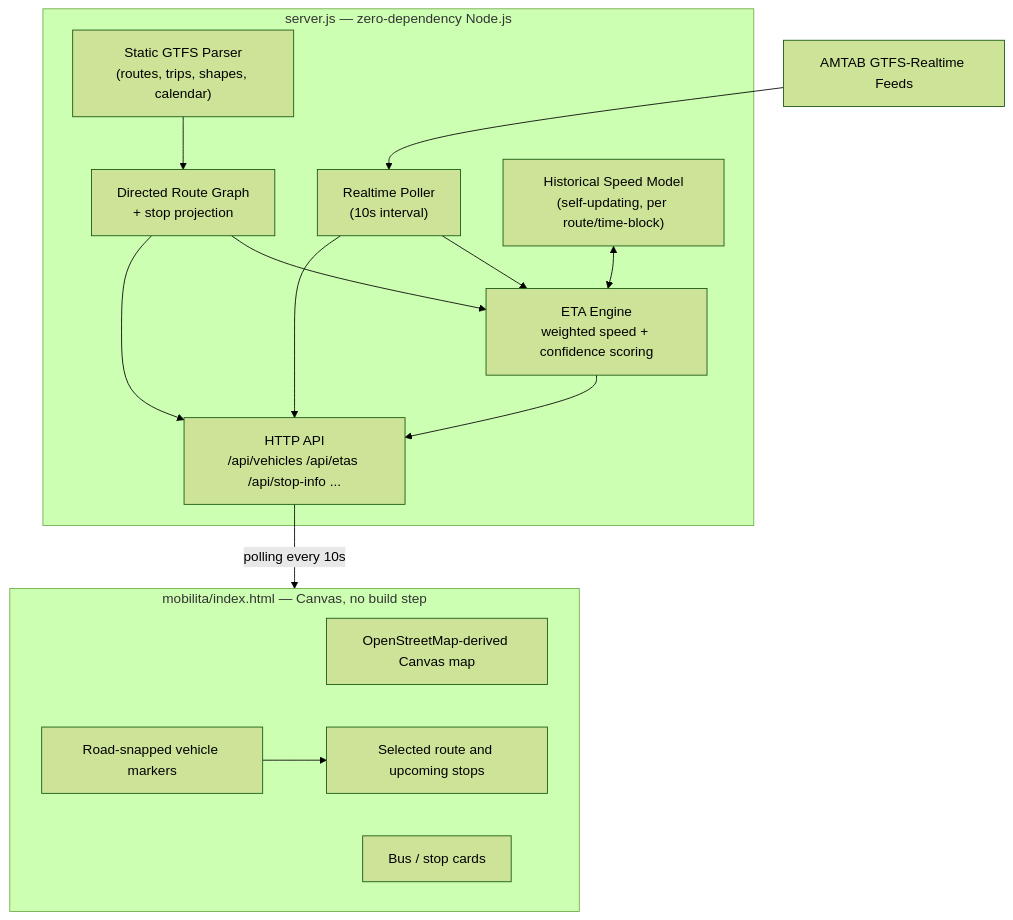
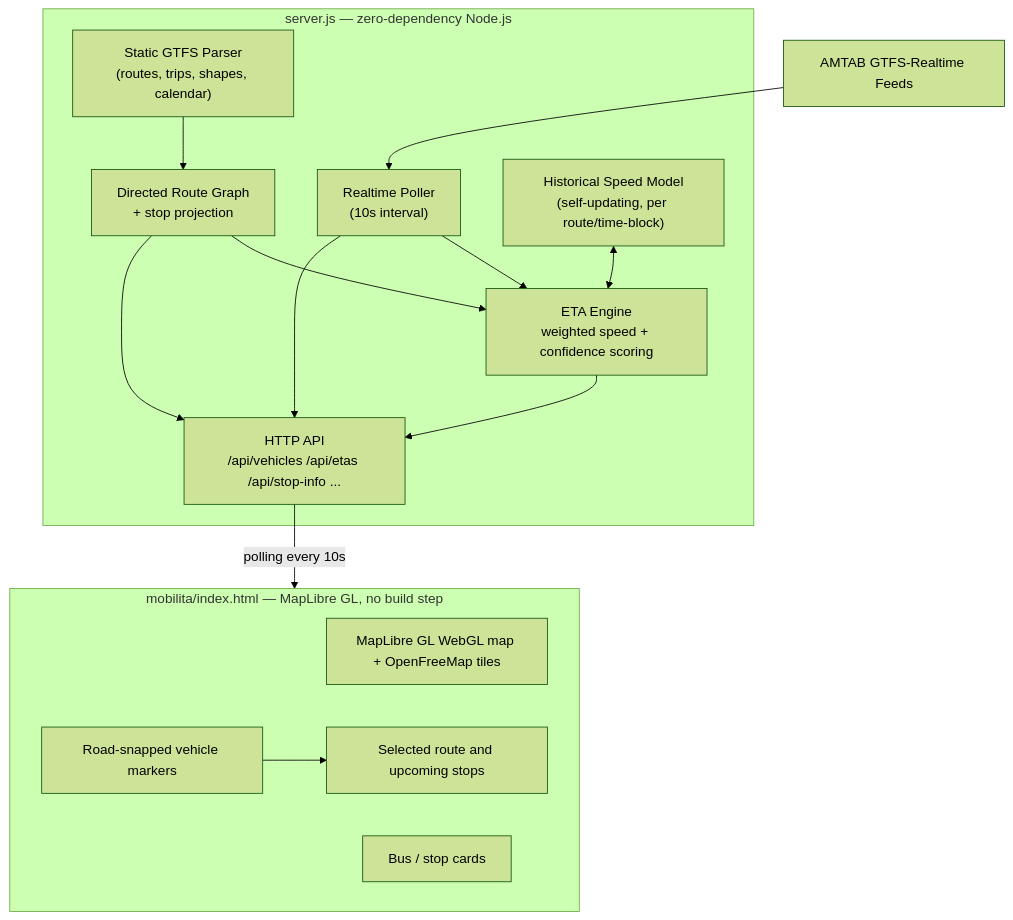
One commit to pancake37/bari-bus-map changed the diagram in README.md. Above: the diagram before and after it, drawn with Mermaid (forest theme). The commit also changed other lines of this file and 2 other files, not shown here.

Commit message:
docs: refresh README and demo screenshots with MapLibre WebGL UI, dashed route lines, and live search

````diff
--- a/README.md
+++ b/README.md
@@ -53,30 +53,30 @@
 ```mermaid
 flowchart TB
     subgraph Backend["server.js — zero-dependency Node.js"]
         GTFS["Static GTFS Parser\n(routes, trips, shapes, calendar)"]
         Graph["Directed Route Graph\n+ stop projection"]
         RT["Realtime Poller\n(10s interval)"]
         ETA["ETA Engine\nweighted speed + confidence scoring"]
         Hist["Historical Speed Model\n(self-updating, per route/time-block)"]
         API["HTTP API\n/api/vehicles /api/etas /api/stop-info ..."]
 
         GTFS --> Graph
         RT --> ETA
         Graph --> ETA
         Hist <--> ETA
         ETA --> API
         Graph --> API
         RT --> API
     end
 
-    subgraph Frontend["mobilita/index.html — Canvas, no build step"]
-        Map["OpenStreetMap-derived Canvas map"]
+    subgraph Frontend["mobilita/index.html — MapLibre GL, no build step"]
+        Map["MapLibre GL WebGL map + OpenFreeMap tiles"]
         Markers["Road-snapped vehicle markers"]
         Panel["Bus / stop cards"]
         Line["Selected route and upcoming stops"]
     end
 
     AMTAB["AMTAB GTFS-Realtime Feeds"] --> RT
     API -->|polling every 10s| Frontend
     Markers --> Line
 ```
````
